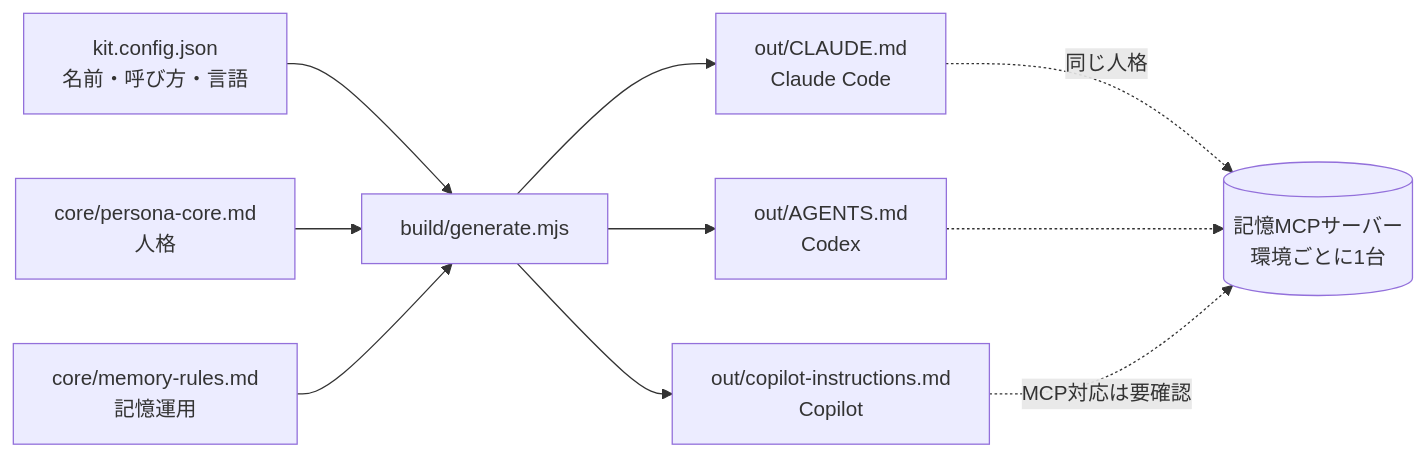
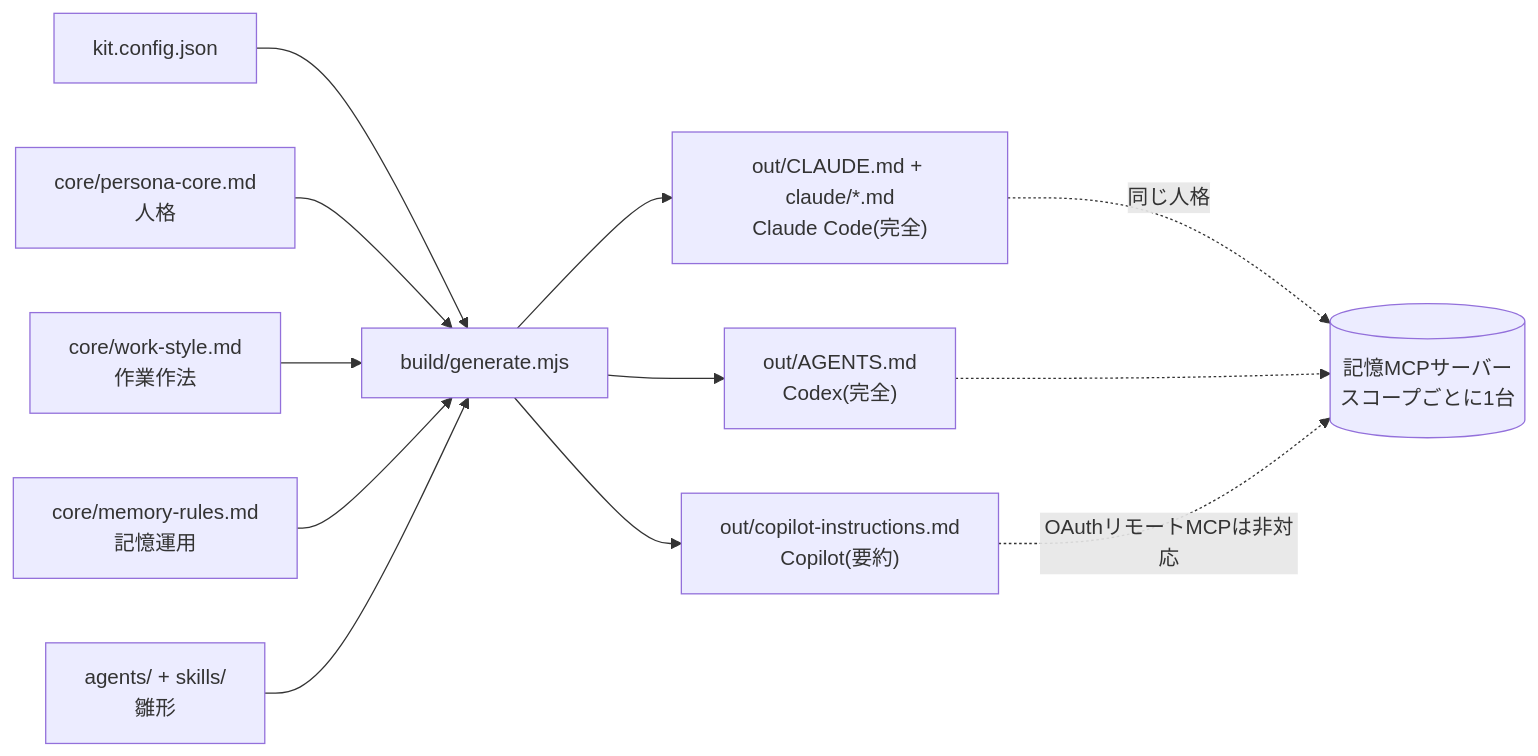
The diagram in README.md (sutobu000/agent-persona-kit), drawn with Mermaid before and after one commit. The commit also changed other lines of this file and 10 other files, not shown here.

First line of the commit message:
persona-kit: 完全網羅版へ拡張 + クロスツール連携レシピ

````diff
--- a/README.md
+++ b/README.md
@@ -27,12 +33,14 @@
 ```mermaid
 flowchart LR
-  CFG[kit.config.json<br/>名前・呼び方・言語] --> GEN
-  P[core/persona-core.md<br/>人格] --> GEN[build/generate.mjs]
+  CFG[kit.config.json] --> GEN[build/generate.mjs]
+  P[core/persona-core.md<br/>人格] --> GEN
+  W[core/work-style.md<br/>作業作法] --> GEN
   M[core/memory-rules.md<br/>記憶運用] --> GEN
-  GEN --> C[out/CLAUDE.md<br/>Claude Code]
-  GEN --> A[out/AGENTS.md<br/>Codex]
-  GEN --> G[out/copilot-instructions.md<br/>Copilot]
-  C -.同じ人格.-> MEM[(記憶MCPサーバー<br/>環境ごとに1台)]
+  AG[agents/ + skills/<br/>雛形] --> GEN
+  GEN --> C["out/CLAUDE.md + claude/*.md<br/>Claude Code(完全)"]
+  GEN --> A["out/AGENTS.md<br/>Codex(完全)"]
+  GEN --> G["out/copilot-instructions.md<br/>Copilot(要約)"]
+  C -.同じ人格.-> MEM[(記憶MCPサーバー<br/>スコープごとに1台)]
   A -.-> MEM
-  G -.MCP対応は要確認.-> MEM
+  G -.OAuthリモートMCPは非対応.-> MEM
 ```
````
